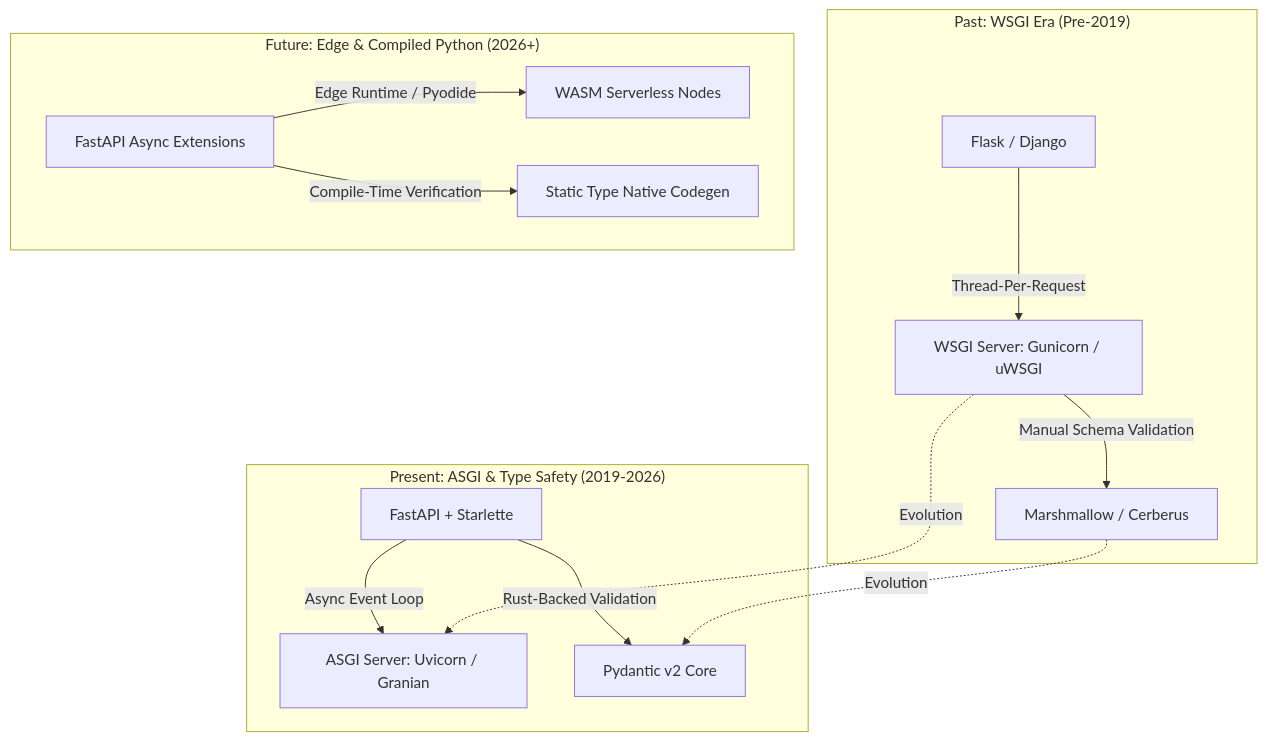
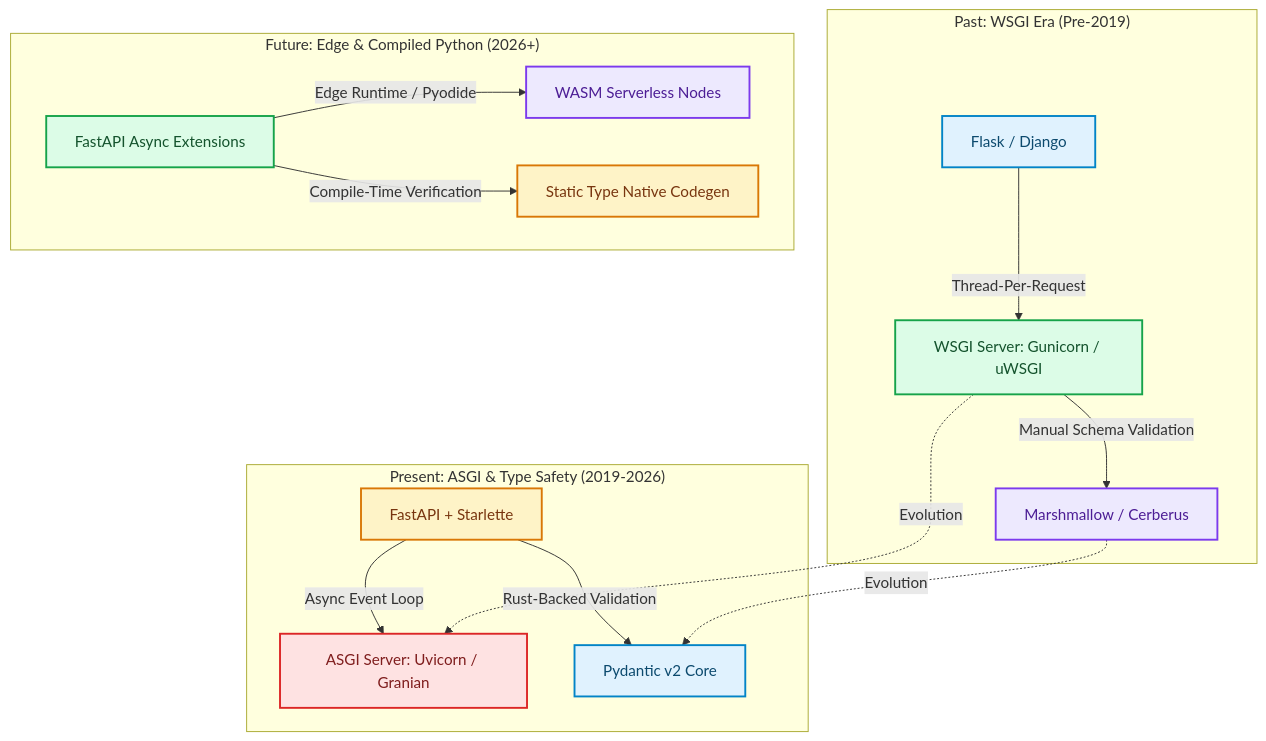
Before and after one commit to akmalkhaniub/akmalkhaniub.github.io: the diagram in blog/posts/fastapi-past-present-future-python-web-frameworks.md, drawn with Mermaid. The commit also changed other lines of this file and 1291 other files, not shown here.

First line of the commit message:
feat(catalog): unique covers, scholarly references, and diagram palettes

````diff
--- a/blog/posts/fastapi-past-present-future-python-web-frameworks.md
+++ b/blog/posts/fastapi-past-present-future-python-web-frameworks.md
@@ -17,20 +17,31 @@
 ```mermaid
 flowchart TD
   subgraph SG1_PastWsgiEra ["Past: WSGI Era (Pre-2019)"]
-    A[Flask / Django] -->|Thread-Per-Request| B[WSGI Server: Gunicorn / uWSGI]
-    B -->|Manual Schema Validation| C[Marshmallow / Cerberus]
+    A["Flask / Django"] -->|Thread-Per-Request| B["WSGI Server: Gunicorn / uWSGI"]
+    B -->|Manual Schema Validation| C["Marshmallow / Cerberus"]
   end
   
   subgraph SG2_PresentAsgiType ["Present: ASGI & Type Safety (2019-2026)"]
-    D[FastAPI + Starlette] -->|Async Event Loop| E[ASGI Server: Uvicorn / Granian]
-    D -->|Rust-Backed Validation| F[Pydantic v2 Core]
+    D["FastAPI + Starlette"] -->|Async Event Loop| E["ASGI Server: Uvicorn / Granian"]
+    D -->|Rust-Backed Validation| F["Pydantic v2 Core"]
   end
   
   subgraph SG3_FutureEdgeCompiled ["Future: Edge & Compiled Python (2026+)"]
-    G[FastAPI Async Extensions] -->|Edge Runtime / Pyodide| H[WASM Serverless Nodes]
-    G -->|Compile-Time Verification| I[Static Type Native Codegen]
+    G["FastAPI Async Extensions"] -->|Edge Runtime / Pyodide| H["WASM Serverless Nodes"]
+    G -->|Compile-Time Verification| I["Static Type Native Codegen"]
   end
   
   B -.->|Evolution| E
   C -.->|Evolution| F
+
+classDef green fill:#dcfce7,stroke:#16a34a,stroke-width:2px,color:#14532d;
+classDef red fill:#fee2e2,stroke:#dc2626,stroke-width:2px,color:#7f1d1d;
+classDef blue fill:#e0f2fe,stroke:#0284c7,stroke-width:2px,color:#0c4a6e;
+classDef yellow fill:#fef3c7,stroke:#d97706,stroke-width:2px,color:#78350f;
+classDef purple fill:#ede9fe,stroke:#7c3aed,stroke-width:2px,color:#4c1d95;
+class A,F blue
+class B,G green
+class C,H purple
+class D,I yellow
+class E red
 ```
````
